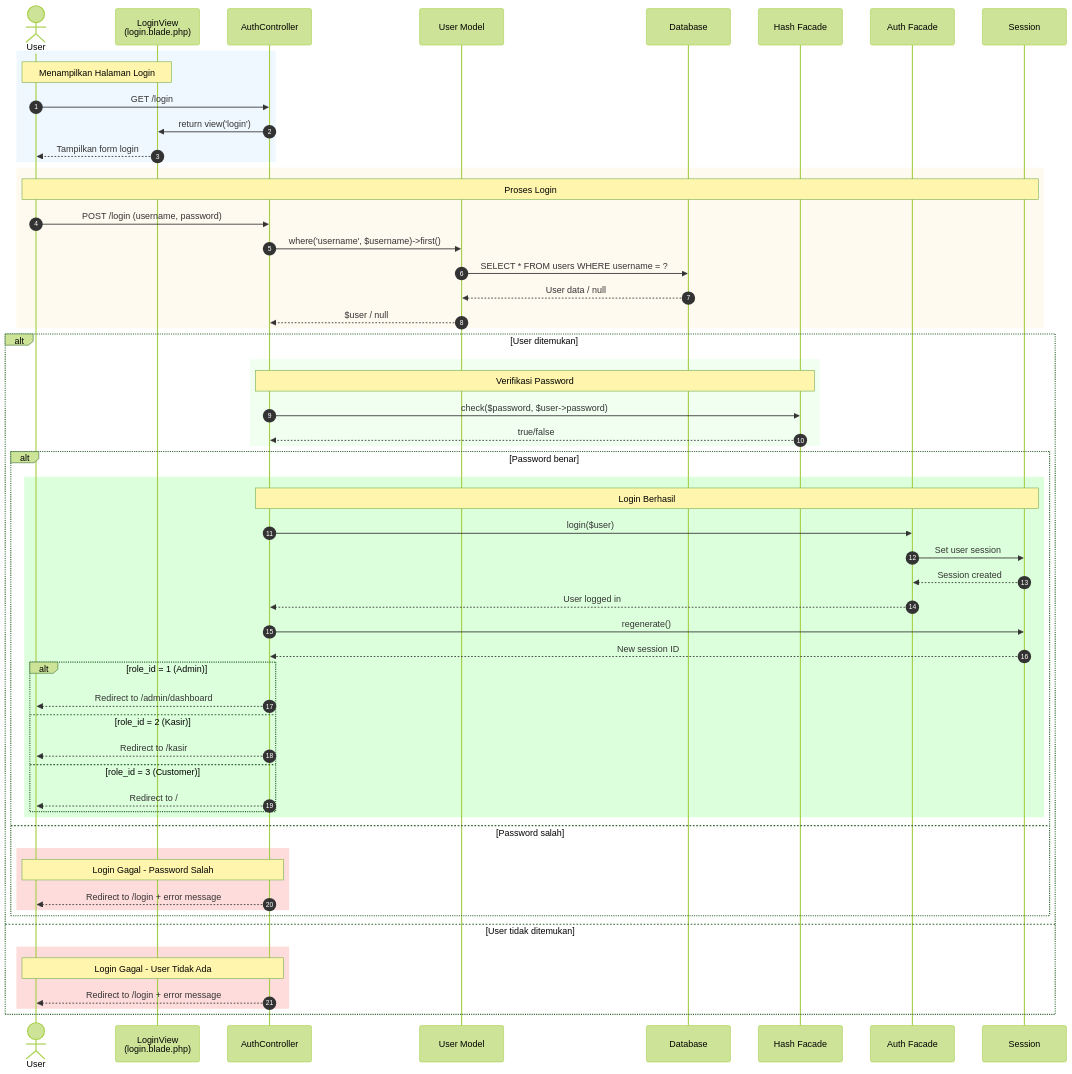
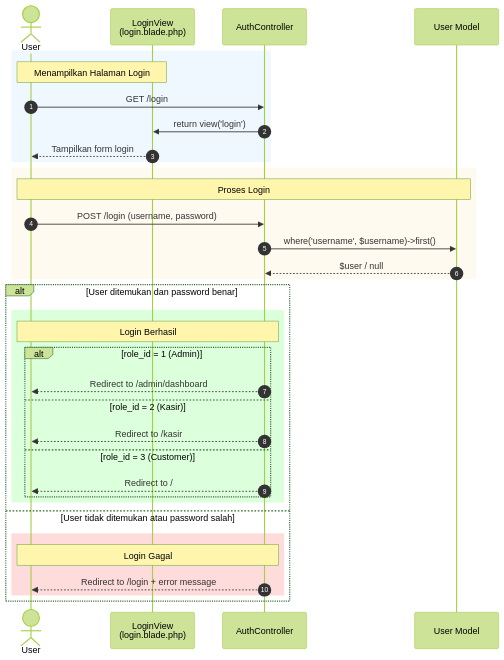
The diagram in docs/sequence-diagram-login.md (Haykal-9/PABW), drawn with Mermaid (forest theme) before and after one commit. The commit also changed other lines of this file, not shown here.

````diff
--- a/docs/sequence-diagram-login.md
+++ b/docs/sequence-diagram-login.md
@@ -24,72 +20,44 @@
 ```mermaid
 sequenceDiagram
     autonumber
     
     actor User as User
     participant View as LoginView<br/>(login.blade.php)
     participant Controller as AuthController
     participant Model as User Model
-    participant DB as Database
-    participant Hash as Hash Facade
-    participant Auth as Auth Facade
-    participant Session as Session
 
     %% Show Login Page
     rect rgb(240, 248, 255)
         Note over User, View: Menampilkan Halaman Login
         User->>Controller: GET /login
         Controller->>View: return view('login')
         View-->>User: Tampilkan form login
     end
 
     %% Submit Login
     rect rgb(255, 250, 240)
-        Note over User, Session: Proses Login
+        Note over User, Model: Proses Login
         User->>Controller: POST /login (username, password)
-        
         Controller->>Model: where('username', $username)->first()
-        Model->>DB: SELECT * FROM users WHERE username = ?
-        DB-->>Model: User data / null
         Model-->>Controller: $user / null
     end
 
     %% Validation
-    alt User ditemukan
-        rect rgb(240, 255, 240)
-            Note over Controller, Hash: Verifikasi Password
-            Controller->>Hash: check($password, $user->password)
-            Hash-->>Controller: true/false
-        end
-        
-        alt Password benar
-            rect rgb(220, 255, 220)
-                Note over Controller, Session: Login Berhasil
-                Controller->>Auth: login($user)
-                Auth->>Session: Set user session
-                Session-->>Auth: Session created
-                Auth-->>Controller: User logged in
-                
-                Controller->>Session: regenerate()
-                Session-->>Controller: New session ID
-                
-                alt role_id = 1 (Admin)
-                    Controller-->>User: Redirect to /admin/dashboard
-                else role_id = 2 (Kasir)
-                    Controller-->>User: Redirect to /kasir
-                else role_id = 3 (Customer)
-                    Controller-->>User: Redirect to /
-                end
-            end
-        else Password salah
-            rect rgb(255, 220, 220)
-                Note over Controller, User: Login Gagal - Password Salah
-                Controller-->>User: Redirect to /login + error message
+    alt User ditemukan dan password benar
+        rect rgb(220, 255, 220)
+            Note over Controller, User: Login Berhasil
+            alt role_id = 1 (Admin)
+                Controller-->>User: Redirect to /admin/dashboard
+            else role_id = 2 (Kasir)
+                Controller-->>User: Redirect to /kasir
+            else role_id = 3 (Customer)
+                Controller-->>User: Redirect to /
             end
         end
-    else User tidak ditemukan
+    else User tidak ditemukan atau password salah
         rect rgb(255, 220, 220)
-            Note over Controller, User: Login Gagal - User Tidak Ada
+            Note over Controller, User: Login Gagal
             Controller-->>User: Redirect to /login + error message
         end
     end
 ```
````
